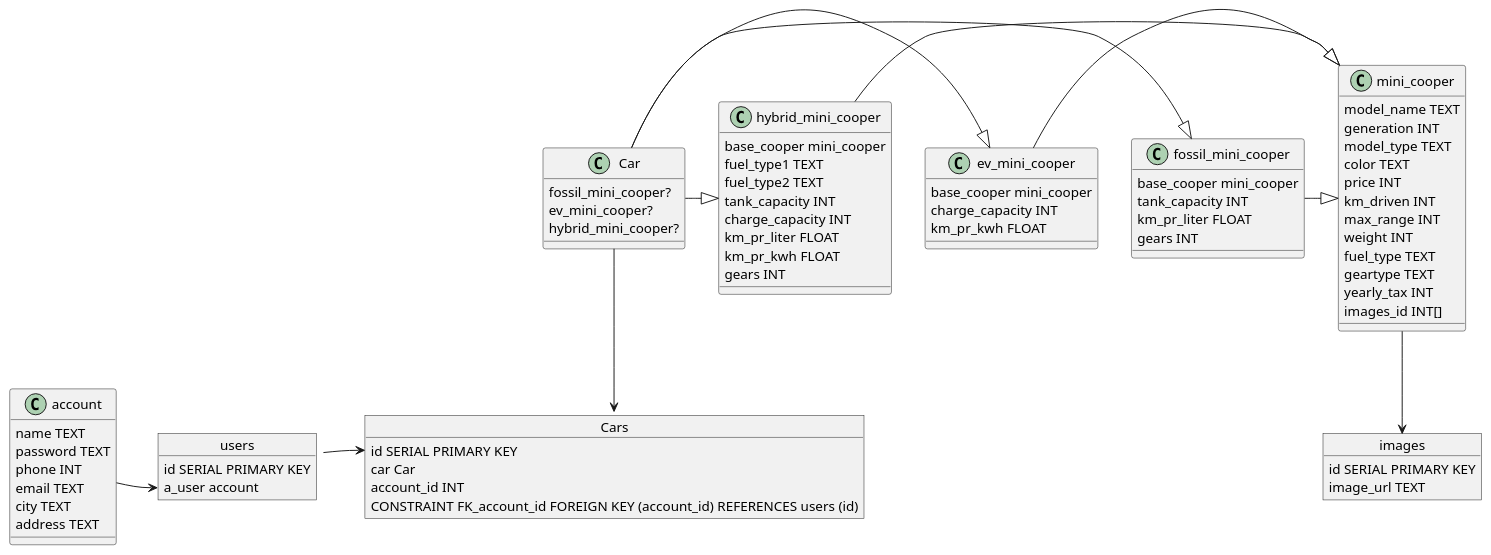
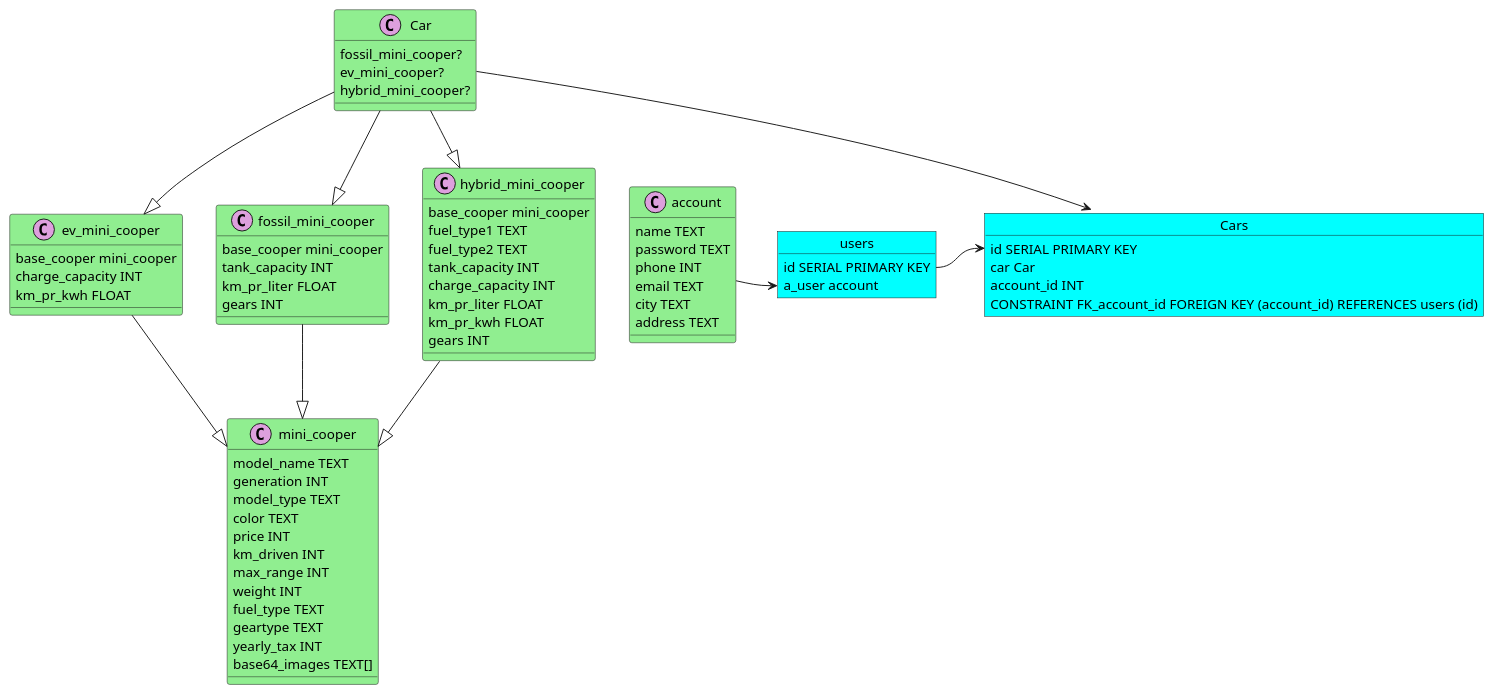
One commit to Mercantec-GHC/projekt-gruppe-3-1 changed the second of 3 diagrams in BlazorApp/DatabaseDiagram.puml. Above: the diagram before and after it, drawn with PlantUML. The commit also changed other lines of this file and 8 other files, not shown here.

```diff
--- a/BlazorApp/DatabaseDiagram.puml
+++ b/BlazorApp/DatabaseDiagram.puml
@@ -100,90 +100,93 @@
 @startuml
 'https://plantuml.com/sequence-diagram
-class mini_cooper {
+
+skinparam object{
+    BackgroundColor Cyan
+}
+
+skinparam class{
+    BackgroundColor LightGreen
+}
+
+class mini_cooper <<(C,Plum)>> {
     model_name TEXT
     generation INT
     model_type TEXT
     color TEXT
     price INT
     km_driven INT
     max_range INT
     weight INT
     fuel_type TEXT
     geartype TEXT
     yearly_tax INT
-    images_id INT[]
+    base64_images TEXT[]
 }
 
-class account {
+class account <<(C,Plum)>>{
     name TEXT
     password TEXT
     phone INT
     email TEXT
     city TEXT
     address TEXT
 }
 
-class ev_mini_cooper{
+class ev_mini_cooper <<(C,Plum)>>{
     base_cooper mini_cooper
     charge_capacity INT
     km_pr_kwh FLOAT
 }
 
-class fossil_mini_cooper {
+class fossil_mini_cooper <<(C,Plum)>>{
     base_cooper mini_cooper
     tank_capacity INT
     km_pr_liter FLOAT
     gears INT
 }
 
-class hybrid_mini_cooper {
+class hybrid_mini_cooper <<(C,Plum)>>{
     base_cooper mini_cooper
     fuel_type1 TEXT
     fuel_type2 TEXT
     tank_capacity INT
     charge_capacity INT
     km_pr_liter FLOAT
     km_pr_kwh FLOAT
     gears INT
 }
 
-object images {
-    id SERIAL PRIMARY KEY    
-    image_url TEXT
+class Car <<(C,Plum)>>{
+    fossil_mini_cooper?
+    ev_mini_cooper?
+    hybrid_mini_cooper?
 }
 
-object users{
+object users {
     id SERIAL PRIMARY KEY
     a_user account
 }
 
-class Car {
-    fossil_mini_cooper?
-    ev_mini_cooper?
-    hybrid_mini_cooper?
-}
 
 object Cars {
     id SERIAL PRIMARY KEY
     car Car
     account_id INT
     CONSTRAINT FK_account_id FOREIGN KEY (account_id) REFERENCES users (id)
 }
 
-Car -|> fossil_mini_cooper
-Car -|> ev_mini_cooper
-Car -|> hybrid_mini_cooper
+Car --|> fossil_mini_cooper
+Car --|> ev_mini_cooper
+Car --|> hybrid_mini_cooper
 
-users -> Cars::id
+users::id -> Cars::id
 
 Car --> Cars
 
-mini_cooper --> images
-
-fossil_mini_cooper -|> mini_cooper
-ev_mini_cooper -|> mini_cooper
-hybrid_mini_cooper -|> mini_cooper
+fossil_mini_cooper --|> mini_cooper
+ev_mini_cooper --|> mini_cooper
+hybrid_mini_cooper --|> mini_cooper
 
 account -> users::a_user
 
 @enduml
```
